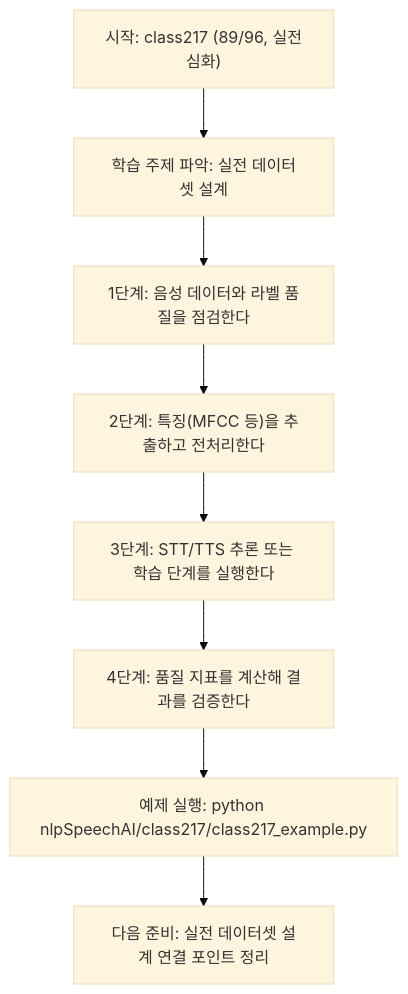
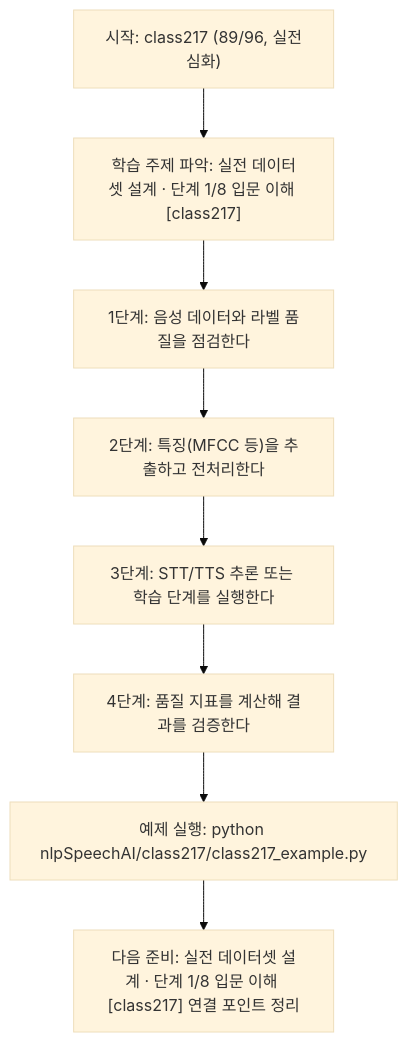
One commit to edumgt/Python-AI_Agent-Class changed the diagram in nlpSpeechAI/class217/class217.md. Above: the diagram before and after it, drawn with Mermaid (base theme). The commit also changed other lines of this file and 522 other files, not shown here.

````diff
--- a/nlpSpeechAI/class217/class217.md
+++ b/nlpSpeechAI/class217/class217.md
@@ -113,18 +114,18 @@
 ```mermaid
 flowchart TD
 N1["시작: class217 (89/96, 실전심화)"]
-N2["학습 주제 파악: 실전 데이터셋 설계"]
+N2["학습 주제 파악: 실전 데이터셋 설계 · 단계 1/8 입문 이해 [class217]"]
 N3["1단계: 음성 데이터와 라벨 품질을 점검한다"]
 N4["2단계: 특징(MFCC 등)을 추출하고 전처리한다"]
 N5["3단계: STT/TTS 추론 또는 학습 단계를 실행한다"]
 N6["4단계: 품질 지표를 계산해 결과를 검증한다"]
 N7["예제 실행: python nlpSpeechAI/class217/class217_example.py"]
-N8["다음 준비: 실전 데이터셋 설계 연결 포인트 정리"]
+N8["다음 준비: 실전 데이터셋 설계 · 단계 1/8 입문 이해 [class217] 연결 포인트 정리"]
 N1 --> N2
 N2 --> N3
 N3 --> N4
 N4 --> N5
 N5 --> N6
 N6 --> N7
 N7 --> N8
 ```
````
